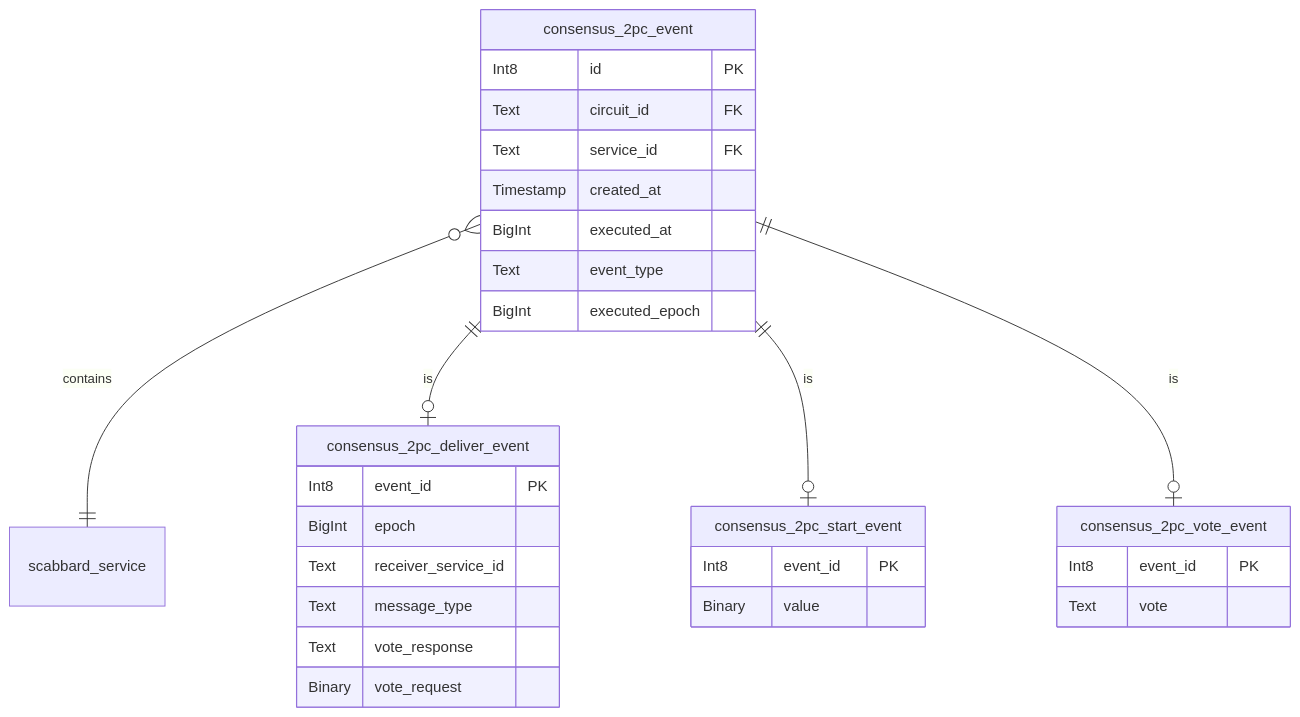
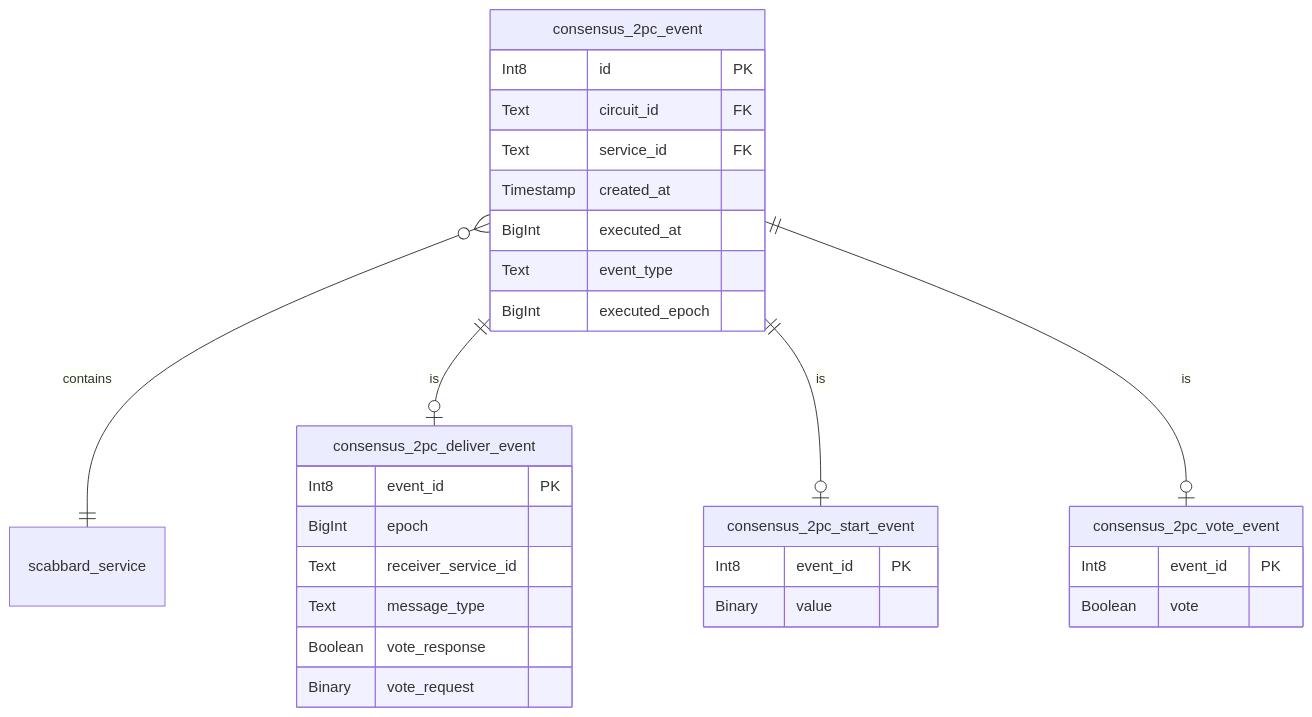
The fourth of 4 diagrams in community/planning/splinter_v0.7_database.md (Cargill/splinter-docs), drawn with Mermaid before and after one commit. The commit also changed other lines of this file, not shown here.

First line of the commit message:
Update splinter db doc - fix boolean columns

```diff
--- a/community/planning/splinter_v0.7_database.md
+++ b/community/planning/splinter_v0.7_database.md
@@ -280,39 +280,39 @@
 <div class="mermaid">
 erDiagram
     consensus_2pc_event {
          Int8 id PK
          Text circuit_id FK
          Text service_id FK
          Timestamp created_at
          BigInt executed_at
          Text event_type
          BigInt executed_epoch
     }
 
     consensus_2pc_event }o--|| scabbard_service: contains
 
     consensus_2pc_deliver_event {
         Int8 event_id PK
         BigInt epoch
         Text receiver_service_id
         Text message_type
-        Text vote_response
+        Boolean vote_response
         Binary vote_request
     }
 
     consensus_2pc_event ||--o| consensus_2pc_deliver_event: is
 
     consensus_2pc_start_event {
         Int8 event_id PK
         Binary value
     }
 
     consensus_2pc_event ||--o| consensus_2pc_start_event: is
 
     consensus_2pc_vote_event {
         Int8 event_id PK
-        Text vote
+        Boolean vote
     }
 
     consensus_2pc_event ||--o| consensus_2pc_vote_event: is
 </div>
```
